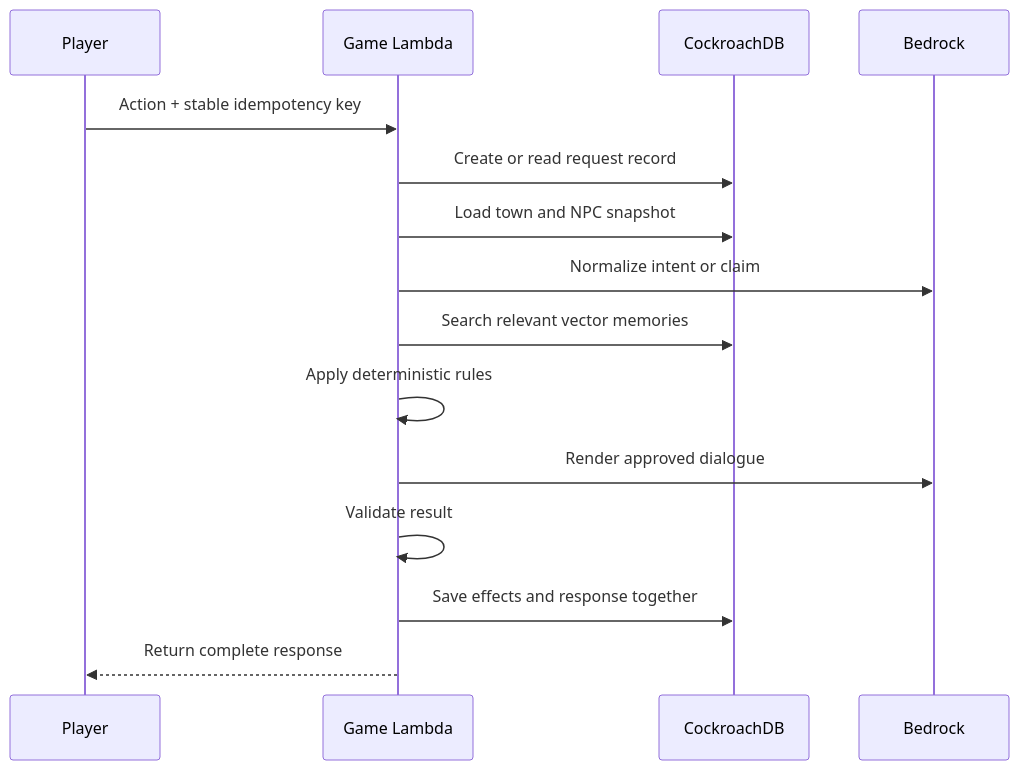
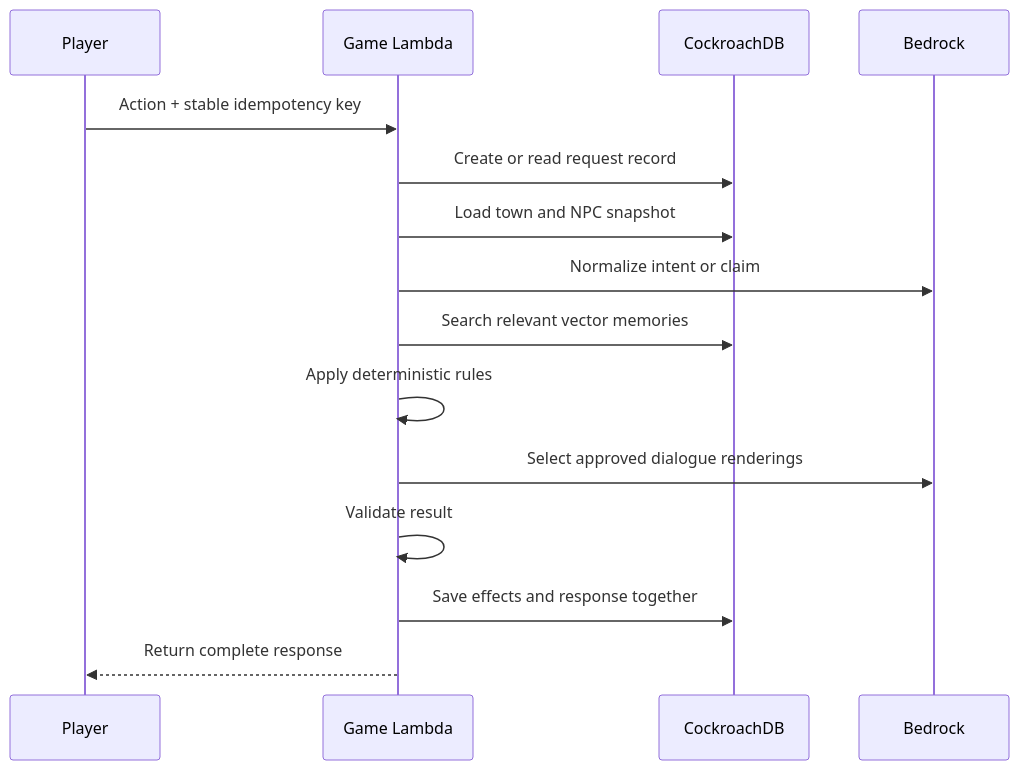
Before and after one commit to aishahsofea/the-town-remembers: the second of 2 diagrams in docs/002-mvp-system-architecture.md, drawn with Mermaid. The commit also changed other lines of this file and 10 other files, not shown here.

Commit message:
docs: resolve architecture contract contradictions

````diff
--- a/docs/002-mvp-system-architecture.md
+++ b/docs/002-mvp-system-architecture.md
@@ -179,18 +181,18 @@
 ```mermaid
 sequenceDiagram
     participant P as Player
     participant L as Game Lambda
     participant C as CockroachDB
     participant B as Bedrock
 
     P->>L: Action + stable idempotency key
     L->>C: Create or read request record
     L->>C: Load town and NPC snapshot
     L->>B: Normalize intent or claim
     L->>C: Search relevant vector memories
     L->>L: Apply deterministic rules
-    L->>B: Render approved dialogue
+    L->>B: Select approved dialogue renderings
     L->>L: Validate result
     L->>C: Save effects and response together
     L-->>P: Return complete response
 ```
````
